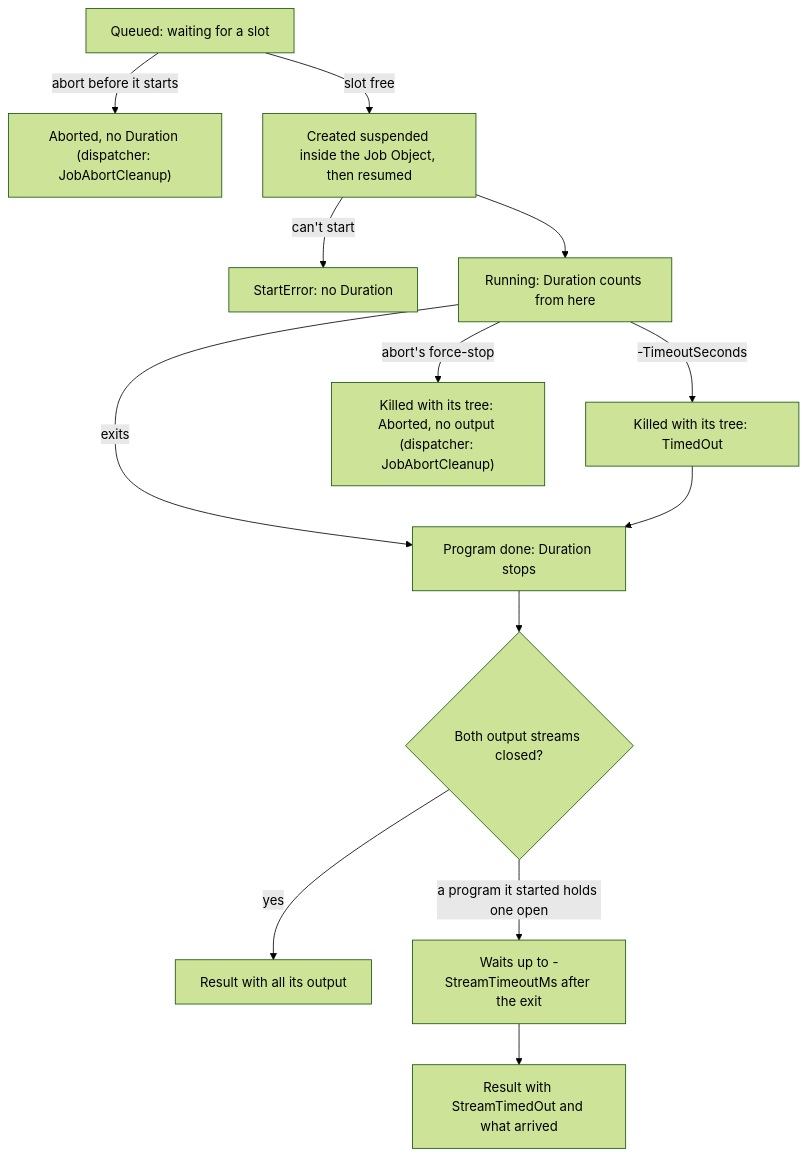
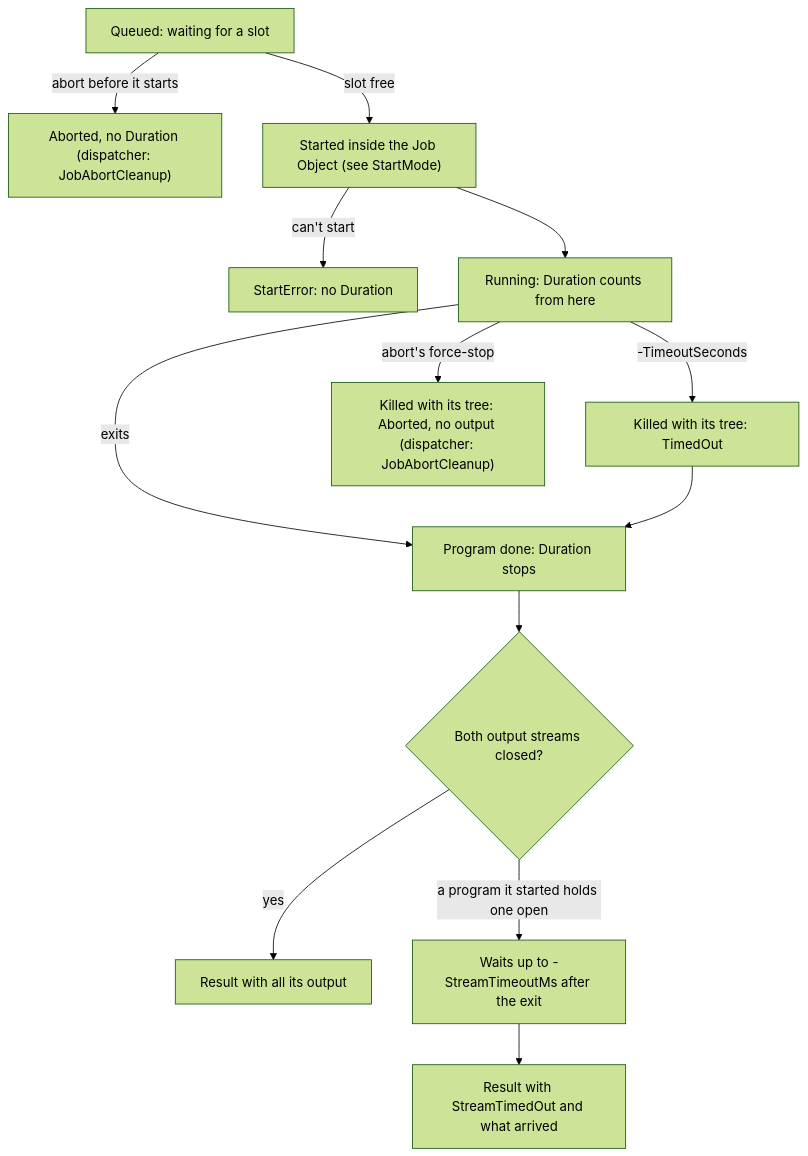
One commit to HalRiveria/PowerShell-ParallelKit changed the second of 2 diagrams in README.md. Above: the diagram before and after it, drawn with Mermaid (forest theme). The commit also changed other lines of this file and 4 other files, not shown here.

````diff
--- a/README.md
+++ b/README.md
@@ -293,15 +293,15 @@
 ```mermaid
 flowchart TD
   Q["Queued: waiting for a slot"] -->|"abort before it starts"| A["Aborted, no Duration (dispatcher: JobAbortCleanup)"]
-  Q -->|"slot free"| S["Created suspended inside the Job Object, then resumed"]
+  Q -->|"slot free"| S["Started inside the Job Object (see StartMode)"]
   S -->|"can't start"| E["StartError: no Duration"]
   S --> R["Running: Duration counts from here"]
   R -->|"exits"| D["Program done: Duration stops"]
   R -->|"-TimeoutSeconds"| T["Killed with its tree: TimedOut"]
   T --> D
   R -->|"abort's force-stop"| K["Killed with its tree: Aborted, no output (dispatcher: JobAbortCleanup)"]
   D --> O{"Both output streams closed?"}
   O -->|"yes"| W["Result with all its output"]
   O -->|"a program it started holds one open"| H["Waits up to -StreamTimeoutMs after the exit"]
   H --> P["Result with StreamTimedOut and what arrived"]
 ```
````
